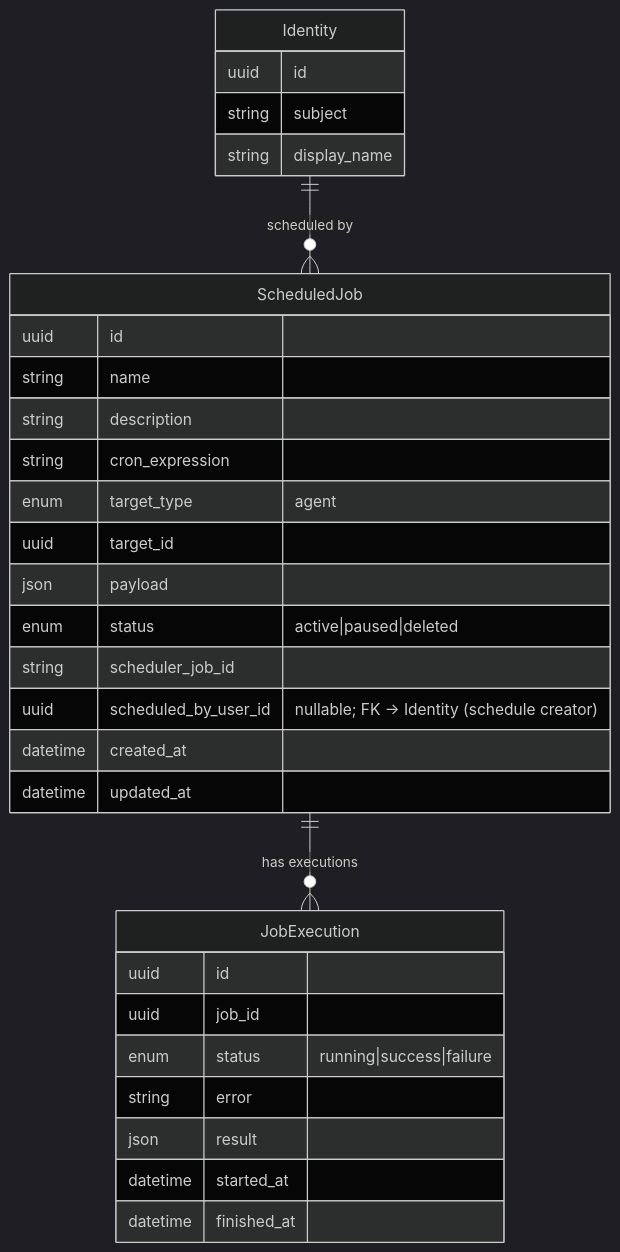
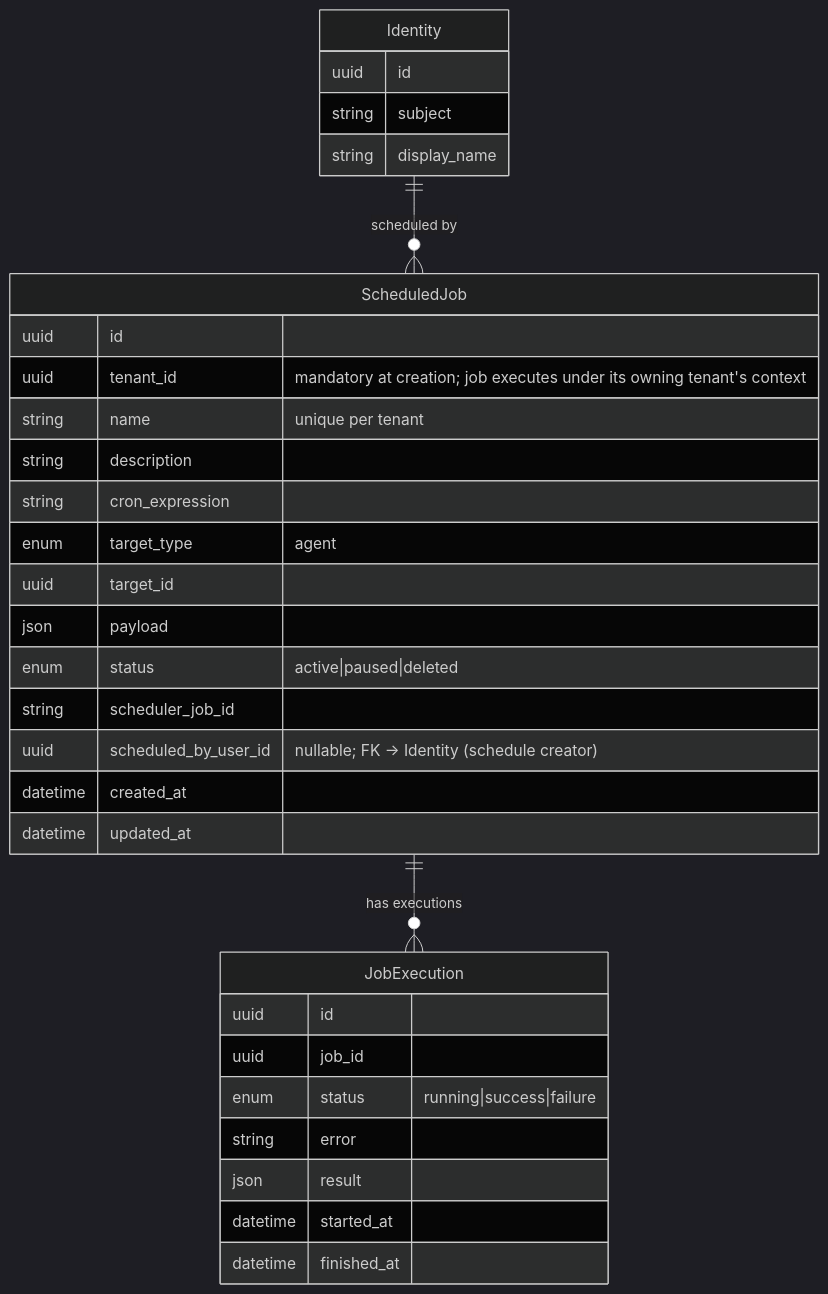
One commit to hurungang/parthenon changed the first of 2 diagrams in docs/master/data-model/modules/scheduling/entities.md. Above: the diagram before and after it, drawn with Mermaid (dark theme). The commit also changed other lines of this file and 231 other files, not shown here.

````diff
--- a/docs/master/data-model/modules/scheduling/entities.md
+++ b/docs/master/data-model/modules/scheduling/entities.md
@@ -3,34 +3,35 @@
 ```mermaid
 erDiagram
     ScheduledJob {
         uuid id
-        string name
+        uuid tenant_id "mandatory at creation; job executes under its owning tenant's context"
+        string name "unique per tenant"
         string description
         string cron_expression
         enum target_type "agent"
         uuid target_id
         json payload
         enum status "active|paused|deleted"
         string scheduler_job_id
         uuid scheduled_by_user_id "nullable; FK -> Identity (schedule creator)"
         datetime created_at
         datetime updated_at
     }
     JobExecution {
         uuid id
         uuid job_id
         enum status "running|success|failure"
         string error
         json result
         datetime started_at
         datetime finished_at
     }
     Identity {
         uuid id
         string subject
         string display_name
     }
 
     ScheduledJob ||--o{ JobExecution : "has executions"
     Identity ||--o{ ScheduledJob : "scheduled by"
 ```
````
